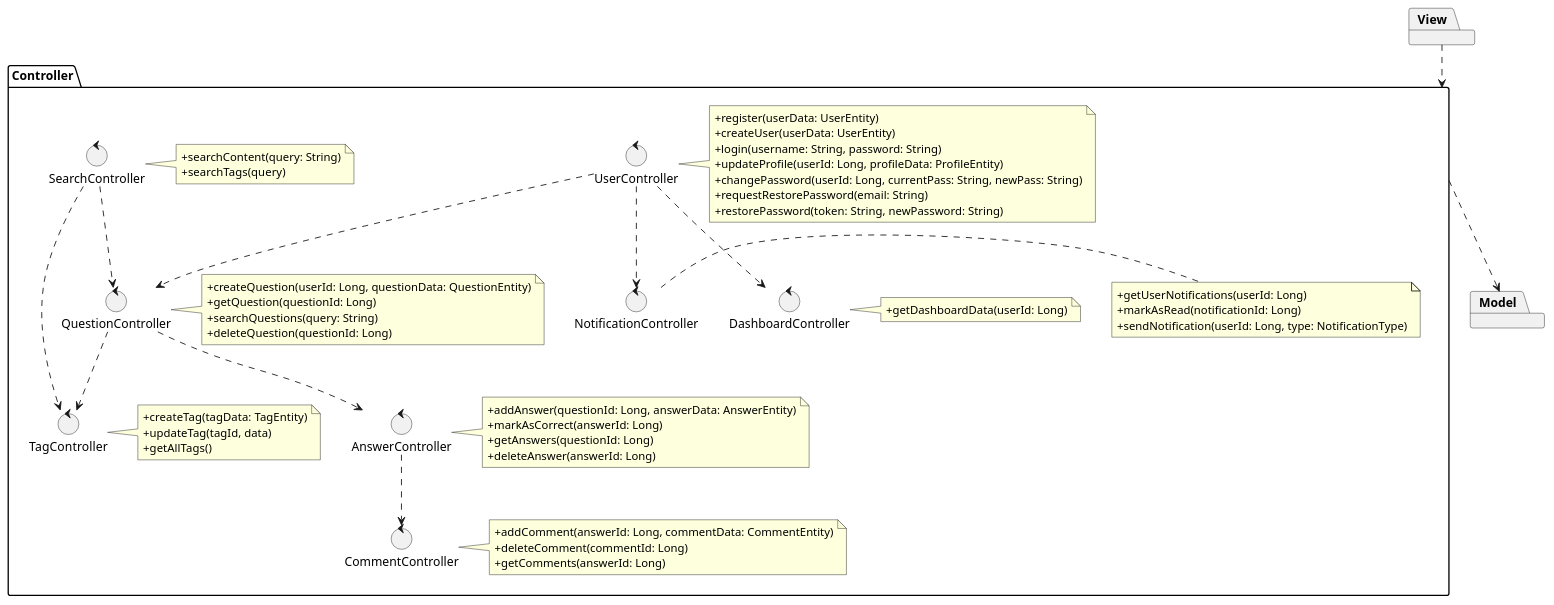
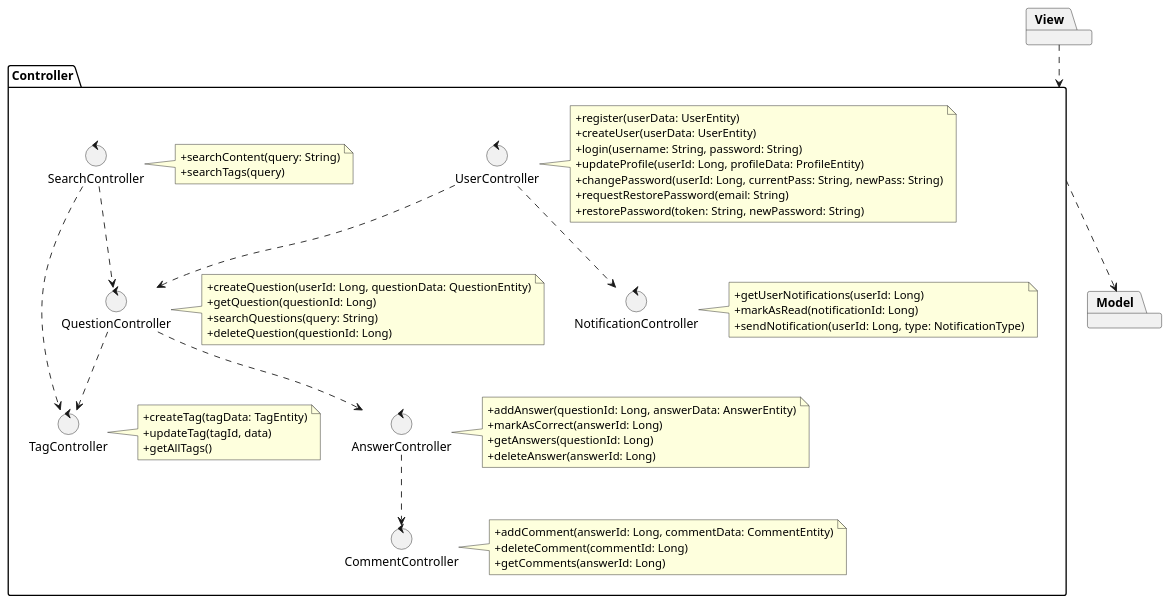
The diagram in src/main/resources/templates/logic/packageController.puml (rafaelacirino/miw-backend-foro), drawn with PlantUML before and after one commit. The commit also changed 9 other files, not shown here.

Commit message:
update diagrams

```diff
--- a/src/main/resources/templates/logic/packageController.puml
+++ b/src/main/resources/templates/logic/packageController.puml
@@ -1,84 +1,78 @@
 @startuml
 
 package Model {
 }
 
 package View {
 }
 
 View ..> Controller
 Controller ..> Model
 
 package Controller {
     control UserController
     note right of UserController
         +register(userData: UserEntity)
         +createUser(userData: UserEntity)
         +login(username: String, password: String)
         +updateProfile(userId: Long, profileData: ProfileEntity)
         +changePassword(userId: Long, currentPass: String, newPass: String)
         +requestRestorePassword(email: String)
         +restorePassword(token: String, newPassword: String)
     end note
 
     control QuestionController
     note right of QuestionController
         +createQuestion(userId: Long, questionData: QuestionEntity)
         +getQuestion(questionId: Long)
         +searchQuestions(query: String)
         +deleteQuestion(questionId: Long)
     end note
 
     control AnswerController
     note right of AnswerController
         +addAnswer(questionId: Long, answerData: AnswerEntity)
         +markAsCorrect(answerId: Long)
         +getAnswers(questionId: Long)
         +deleteAnswer(answerId: Long)
     end note
 
     control CommentController
     note right of CommentController
         +addComment(answerId: Long, commentData: CommentEntity)
         +deleteComment(commentId: Long)
         +getComments(answerId: Long)
     end note
 
     control NotificationController
     note right of NotificationController
         +getUserNotifications(userId: Long)
         +markAsRead(notificationId: Long)
         +sendNotification(userId: Long, type: NotificationType)
     end note
 
     control TagController
     note right of TagController
         +createTag(tagData: TagEntity)
         +updateTag(tagId, data)
         +getAllTags()
     end note
 
-    control DashboardController
-    note right of DashboardController
-        +getDashboardData(userId: Long)
-    end note
-
     control SearchController
     note right of SearchController
         +searchContent(query: String)
         +searchTags(query)
     end note
 
 
     UserController ..> QuestionController
     QuestionController ..> AnswerController
     AnswerController ..> CommentController
     UserController ..> NotificationController
     QuestionController ..> TagController
-    UserController ..> DashboardController
     SearchController ..> QuestionController
     SearchController ..> TagController
 }
 
 
 @enduml
```
